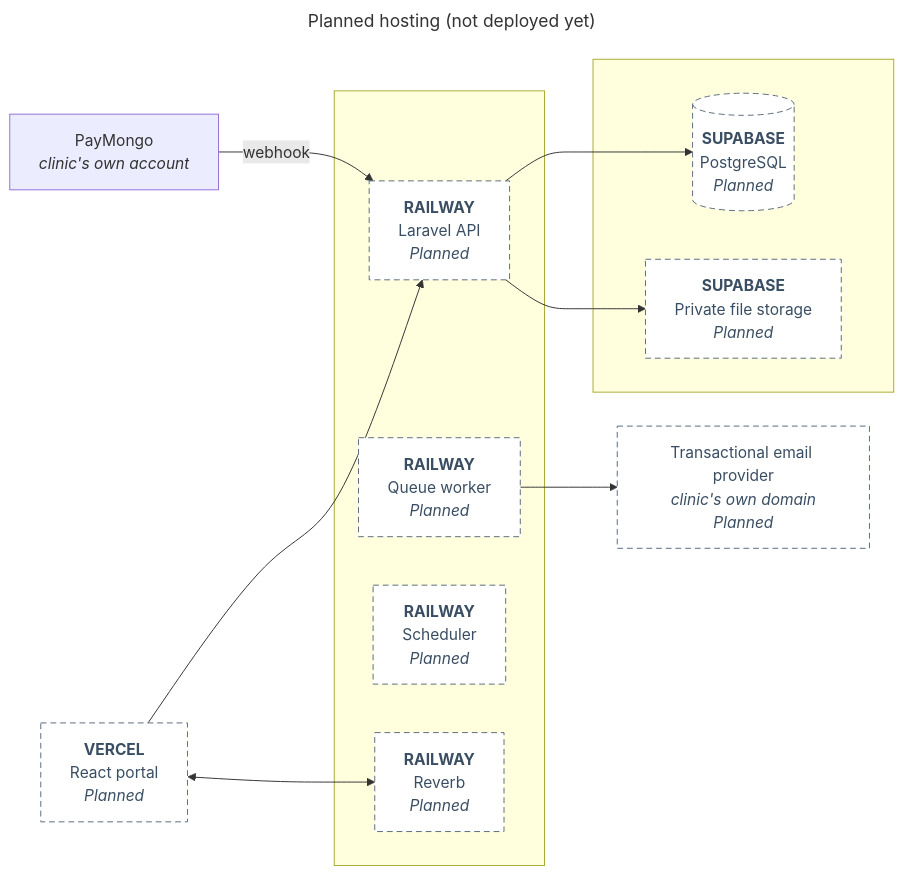
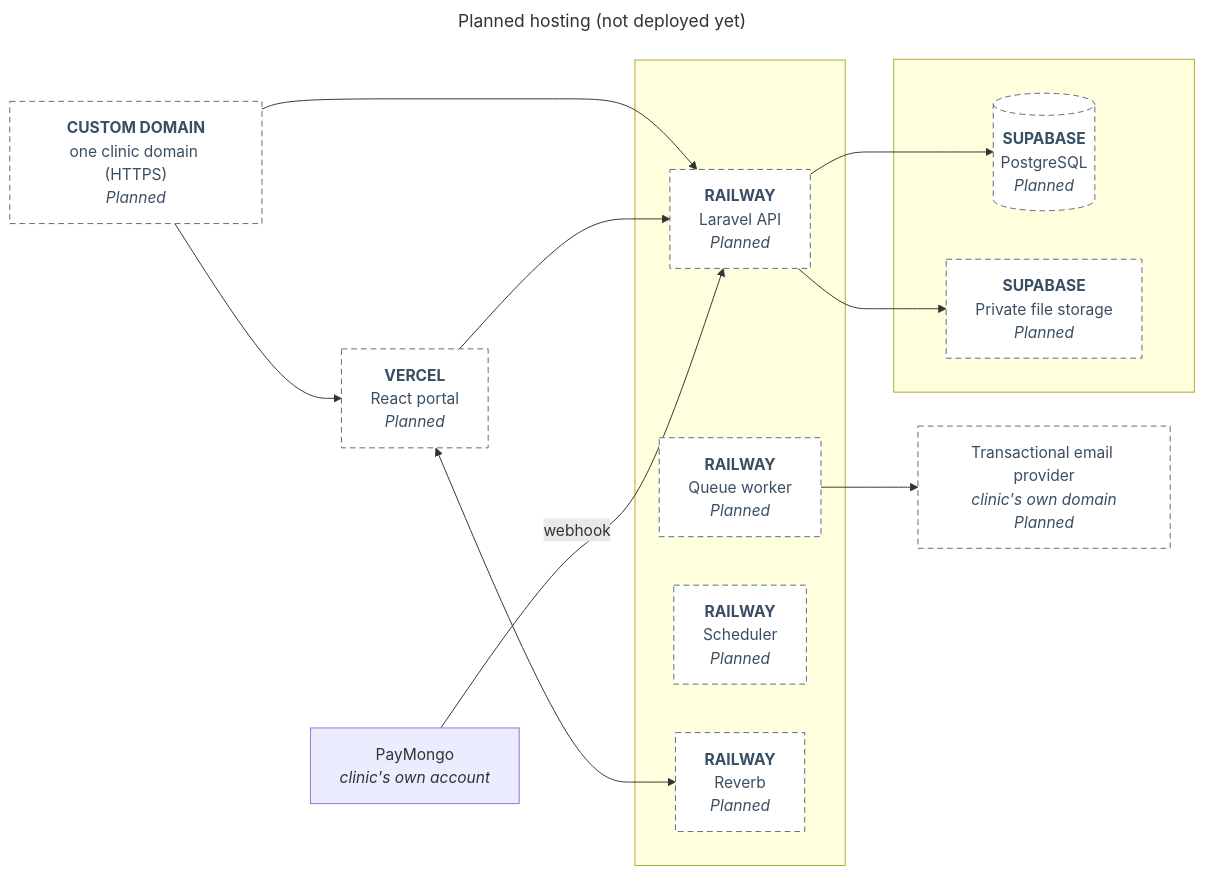
Before and after one commit to 0phem/multibranch-dental-clinic: the diagram in docs/defense/diagrams/hosting-planned.mmd, drawn with Mermaid. The commit also changed 57 other files, not shown here.

First line of the commit message:
docs(defense): automations in modules, evidence, TO-BE diagrams, process PDF, demo script, panel Q&A, screenshots

```diff
--- a/docs/defense/diagrams/hosting-planned.mmd
+++ b/docs/defense/diagrams/hosting-planned.mmd
@@ -1,24 +1,27 @@
 ---
 title: "Planned hosting (not deployed yet)"
 ---
 flowchart LR
     V["<b>VERCEL</b><br/>React portal<br/><i>Planned</i>"]:::planned
     subgraph RW[" "]
       A["<b>RAILWAY</b><br/>Laravel API<br/><i>Planned</i>"]:::planned
       Q["<b>RAILWAY</b><br/>Queue worker<br/><i>Planned</i>"]:::planned
       SC["<b>RAILWAY</b><br/>Scheduler<br/><i>Planned</i>"]:::planned
       R["<b>RAILWAY</b><br/>Reverb<br/><i>Planned</i>"]:::planned
     end
     subgraph SB[" "]
       DB[("<b>SUPABASE</b><br/>PostgreSQL<br/><i>Planned</i>")]:::planned
       ST["<b>SUPABASE</b><br/>Private file storage<br/><i>Planned</i>"]:::planned
     end
+    D["<b>CUSTOM DOMAIN</b><br/>one clinic domain (HTTPS)<br/><i>Planned</i>"]:::planned
     M["Transactional email provider<br/><i>clinic's own domain</i><br/><i>Planned</i>"]:::planned
+    D --> V
+    D --> A
     P["PayMongo<br/><i>clinic's own account</i>"]
     V --> A
     V <--> R
     A --> DB
     A --> ST
     Q --> M
     P -->|webhook| A
     classDef planned fill:#ffffff,stroke:#5a6b7d,color:#3a4e63,stroke-dasharray:6 4
```
